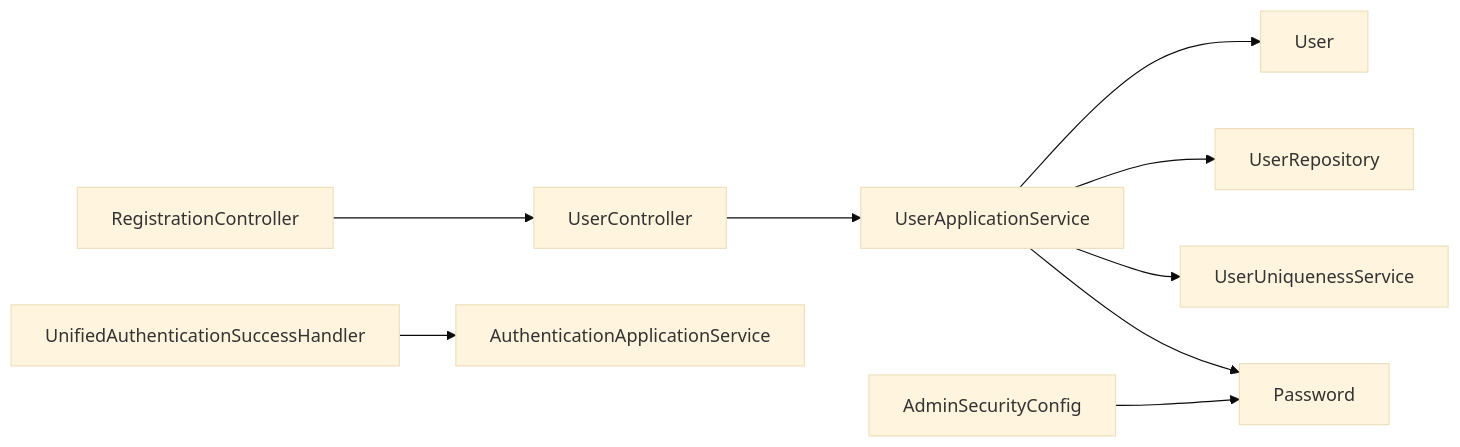
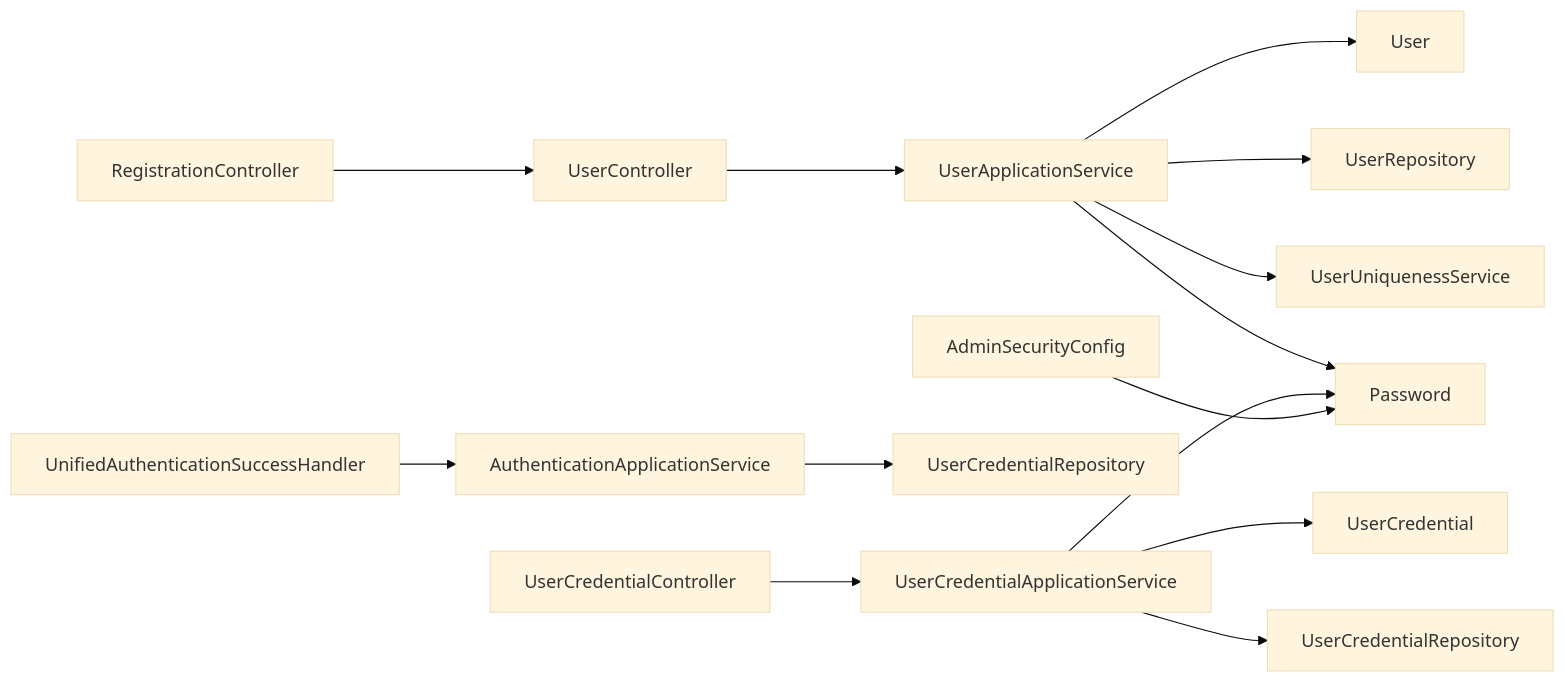
Before and after one commit to fq0121104930716/iam-platform: the seventh of 7 diagrams in .qoder/repowiki/zh/content/项目概述/核心功能/用户管理功能.md, drawn with Mermaid (base theme). The commit also changed other lines of this file and 46 other files, not shown here.

````diff
--- a/.qoder/repowiki/zh/content/项目概述/核心功能/用户管理功能.md
+++ b/.qoder/repowiki/zh/content/项目概述/核心功能/用户管理功能.md
@@ -414,11 +671,16 @@
 ```mermaid
 graph LR
 RC["RegistrationController"] --> UC["UserController"]
 UC --> US["UserApplicationService"]
 US --> UM["User"]
 US --> UR["UserRepository"]
 US --> UA["UserUniquenessService"]
 US --> PWD["Password"]
+UCC["UserCredentialController"] --> UCA["UserCredentialApplicationService"]
+UCA --> UCR["UserCredential"]
+UCA --> UCRRepo["UserCredentialRepository"]
+UCA --> PWD
 UASH["UnifiedAuthenticationSuccessHandler"] --> AU["AuthenticationApplicationService"]
+AU --> UCRA["UserCredentialRepository"]
 SEC["AdminSecurityConfig"] --> PWD
 ```
````
